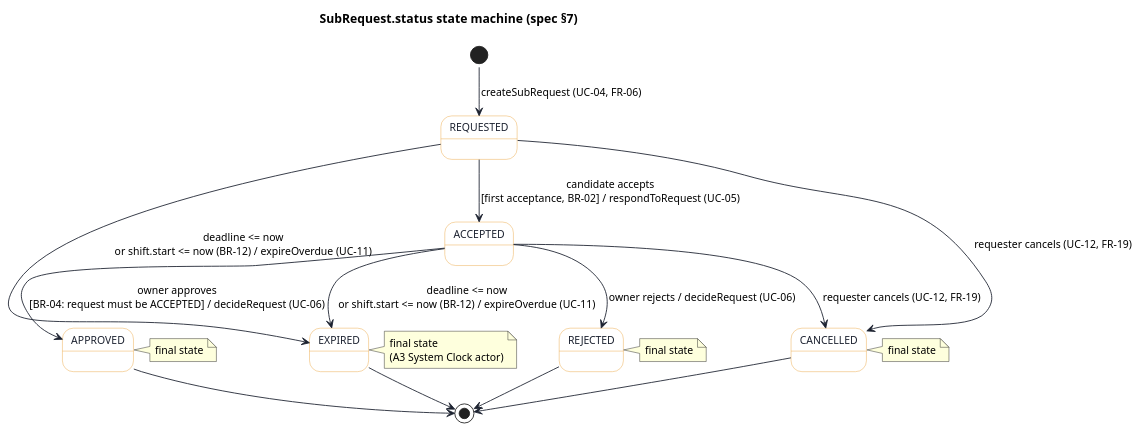
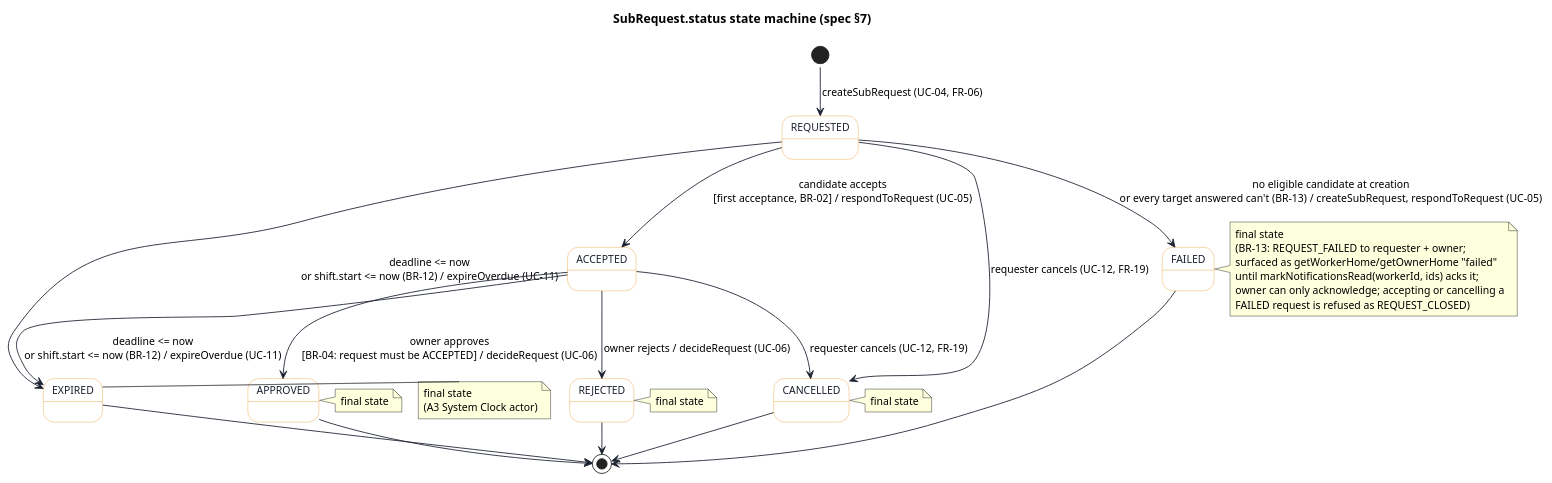
One commit to keemlogan/shiftswap changed the diagram in uml/src/state-subrequest.puml. Above: the diagram before and after it, drawn with PlantUML. The commit also changed 113 other files, not shown here.

Commit message:
Iteration 6: availability removed, can't answer and FAILED ending; Korean display names; 84 tests, check 128/128; docs, UML and deck updated

```diff
--- a/uml/src/state-subrequest.puml
+++ b/uml/src/state-subrequest.puml
@@ -1,46 +1,50 @@
 @startuml state-subrequest
 !pragma layout smetana
 skinparam defaultFontName "Helvetica"
 skinparam defaultFontSize 12
 skinparam shadowing false
 skinparam backgroundColor #FFFFFF
 skinparam state {
   BackgroundColor #FFFFFF
   BorderColor #1C2230
   FontColor #1C2230
   ArrowColor #1C2230
 }
 skinparam state<<sub>> {
   BorderColor #E9A23B
 }
 
 title SubRequest.status state machine (spec §7)
 
 [*] --> REQUESTED : createSubRequest (UC-04, FR-06)
 
 state REQUESTED <<sub>>
 state ACCEPTED <<sub>>
 state APPROVED <<sub>>
 state REJECTED <<sub>>
+state FAILED <<sub>>
 state EXPIRED <<sub>>
 state CANCELLED <<sub>>
 
 REQUESTED --> ACCEPTED : candidate accepts\n[first acceptance, BR-02] / respondToRequest (UC-05)
+REQUESTED --> FAILED : no eligible candidate at creation\nor every target answered can't (BR-13) / createSubRequest, respondToRequest (UC-05)
 REQUESTED --> EXPIRED : deadline <= now\nor shift.start <= now (BR-12) / expireOverdue (UC-11)
 REQUESTED --> CANCELLED : requester cancels (UC-12, FR-19)
 
 ACCEPTED --> APPROVED : owner approves\n[BR-04: request must be ACCEPTED] / decideRequest (UC-06)
 ACCEPTED --> REJECTED : owner rejects / decideRequest (UC-06)
 ACCEPTED --> EXPIRED : deadline <= now\nor shift.start <= now (BR-12) / expireOverdue (UC-11)
 ACCEPTED --> CANCELLED : requester cancels (UC-12, FR-19)
 
 APPROVED --> [*]
 REJECTED --> [*]
+FAILED --> [*]
 EXPIRED --> [*]
 CANCELLED --> [*]
 
 note right of APPROVED : final state
 note right of REJECTED : final state
+note right of FAILED : final state\n(BR-13: REQUEST_FAILED to requester + owner;\nsurfaced as getWorkerHome/getOwnerHome "failed"\nuntil markNotificationsRead(workerId, ids) acks it;\nowner can only acknowledge; accepting or cancelling a\nFAILED request is refused as REQUEST_CLOSED)
 note right of EXPIRED : final state\n(A3 System Clock actor)
 note right of CANCELLED : final state
 @enduml
```
